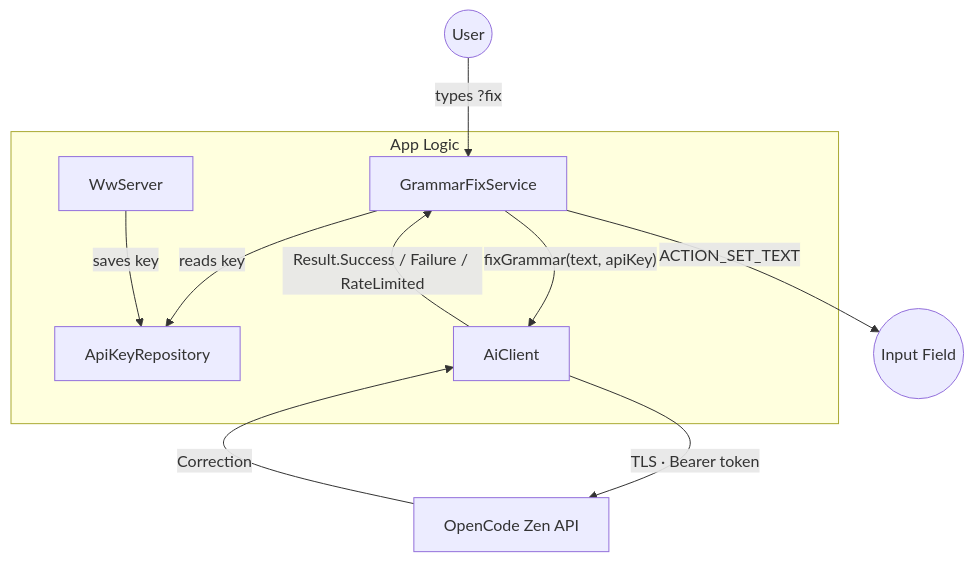
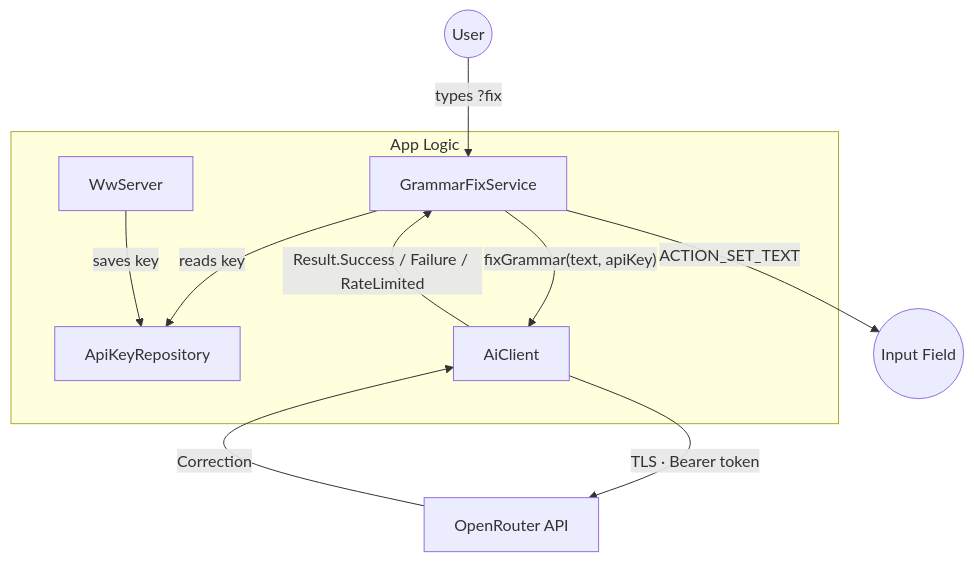
One commit to Musa-dabwe/Wordwise changed the diagram in docs/ARCHITECTURE.md. Above: the diagram before and after it, drawn with Mermaid. The commit also changed other lines of this file, not shown here.

Commit message:
docs: update architecture for OpenRouter migration

````diff
--- a/docs/ARCHITECTURE.md
+++ b/docs/ARCHITECTURE.md
@@ -22,15 +22,15 @@
 ```mermaid
 graph TD
     User((User)) -- types ?fix --> GFS[GrammarFixService]
 
     subgraph App Logic
         GFS -- reads key --> AKR[ApiKeyRepository]
         GFS -- fixGrammar(text, apiKey) --> AIC[AiClient]
         WS[WwServer] -- saves key --> AKR
     end
 
-    AIC -- TLS · Bearer token --> OCZ[OpenCode Zen API]
-    OCZ -- Correction --> AIC
+    AIC -- TLS · Bearer token --> OR[OpenRouter API]
+    OR -- Correction --> AIC
     AIC -- Result.Success / Failure / RateLimited --> GFS
     GFS -- ACTION_SET_TEXT --> Field((Input Field))
 ```
````
